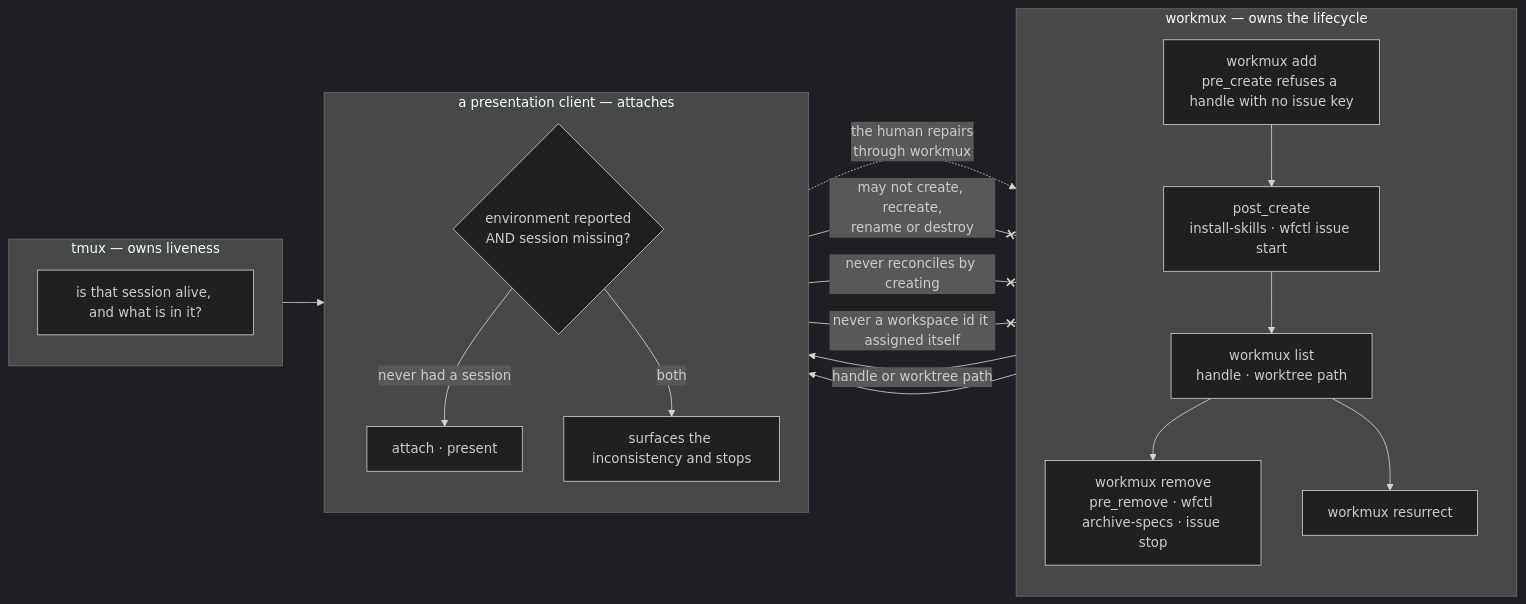
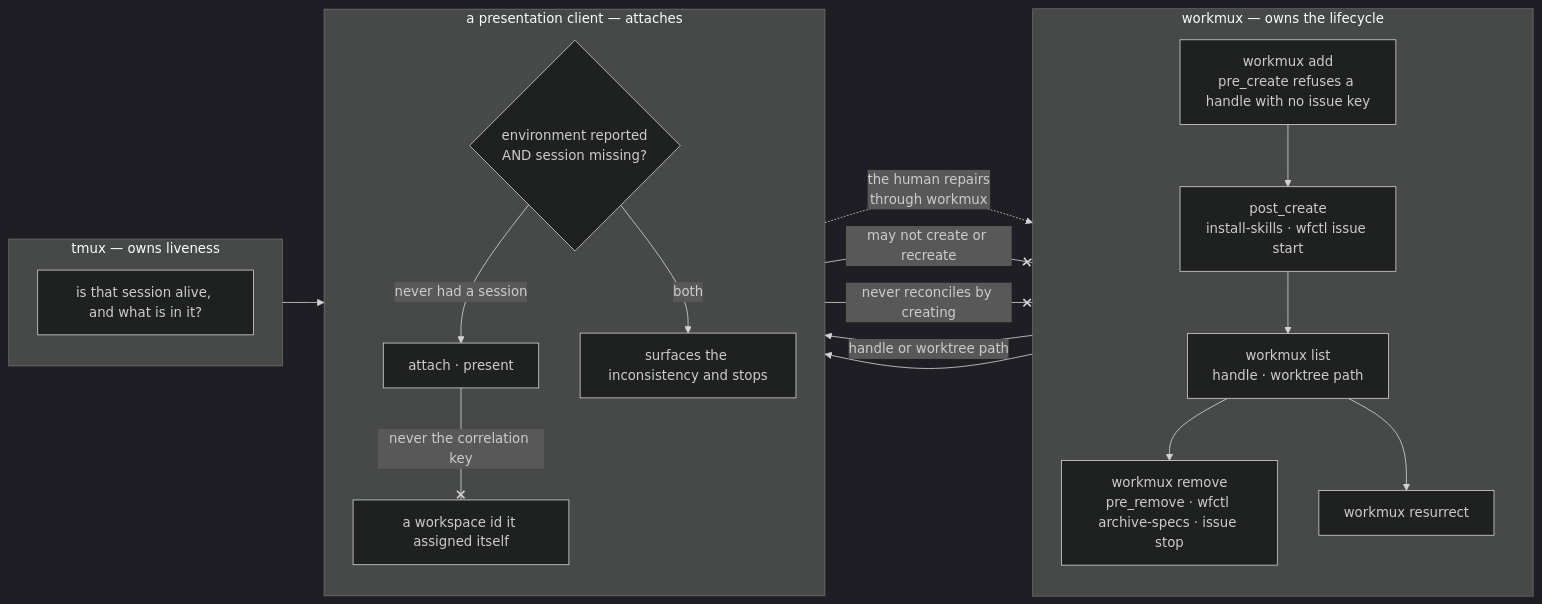
Before and after one commit to aamarin/wfctl: the diagram in docs/architecture/a-client-attaches-to-a-runtime-it-never-owns.md, drawn with Mermaid (dark theme). The commit also changed other lines of this file, not shown here.

First line of the commit message:
fix(arch): draw the correlation-key refusal against the id, not against workmux list

````diff
--- a/docs/architecture/a-client-attaches-to-a-runtime-it-never-owns.md
+++ b/docs/architecture/a-client-attaches-to-a-runtime-it-never-owns.md
@@ -138,32 +138,33 @@
 ```mermaid
 flowchart LR
     subgraph workmux["workmux — owns the lifecycle"]
         direction TB
         C["workmux add<br>pre_create refuses a handle with no issue key"]
         P["post_create<br>install-skills · wfctl issue start"]
         L["workmux list<br>handle · worktree path"]
         R["workmux remove<br>pre_remove · wfctl archive-specs · issue stop"]
         V["workmux resurrect"]
         C --> P --> L --> R
         L --> V
     end
     subgraph tmux["tmux — owns liveness"]
         direction TB
         S["is that session alive, and what is in it?"]
     end
     subgraph client["a presentation client — attaches"]
         direction TB
         A["attach · present"]
         G{"environment reported<br>AND session missing?"}
         I["surfaces the inconsistency and stops"]
+        K["a workspace id it assigned itself"]
     end
     L -->|"handle or worktree path"| A
     L --> G
     S --> G
     G -->|"both"| I
     G -->|"never had a session"| A
     I -.->|"the human repairs<br>through workmux"| V
-    A --x|"may not create, recreate,<br>rename or destroy"| C
+    A --x|"may not create or recreate"| C
     I --x|"never reconciles by creating"| C
-    A --x|"never a workspace id it assigned itself"| L
+    A --x|"never the correlation key"| K
 ```
````
